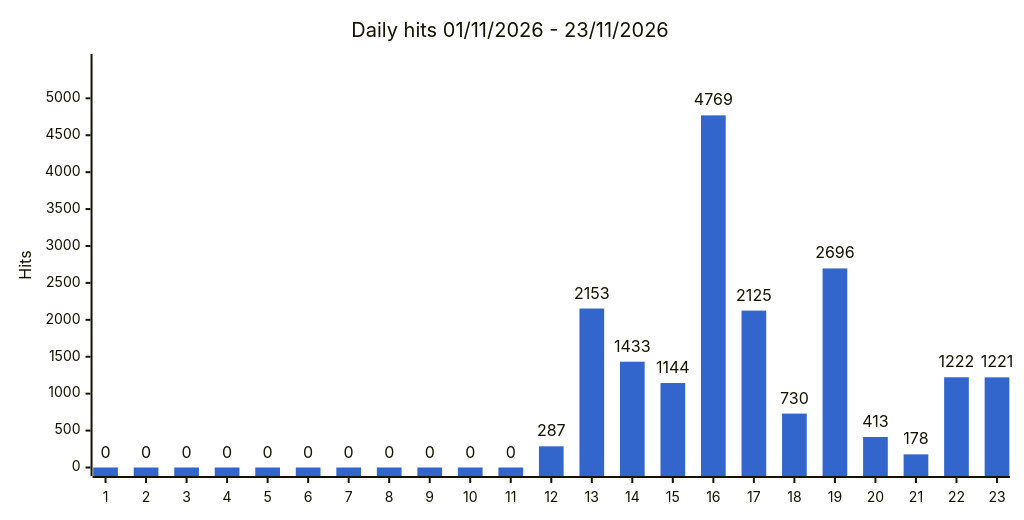
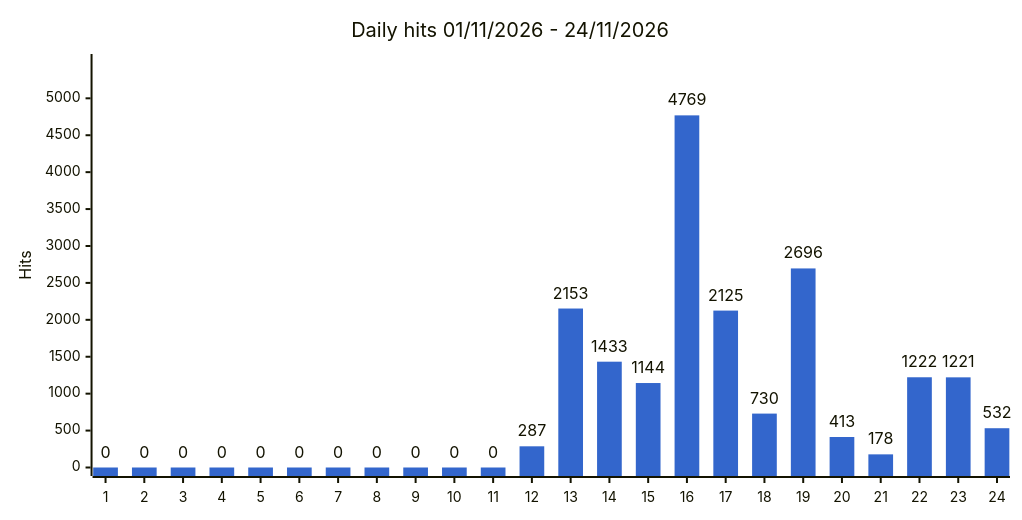
The third of 4 diagrams in docs/stats.md (gmoulard/wikipedia2book), drawn with Mermaid before and after one commit. The commit also changed other lines of this file and 3 other files, not shown here.

````diff
--- a/docs/stats.md
+++ b/docs/stats.md
@@ -43,8 +43,8 @@
 ```mermaid
 %%{init: {"xyChart": {"width": 1000, "showDataLabel": true, "showDataLabelOutsideBar": true}, "themeVariables": {"xyChart": {"plotColorPalette": "#3366cc"}}}}%%
 xychart-beta
-    title "Daily hits 01/11/2026 - 23/11/2026"
-    x-axis ["1", "2", "3", "4", "5", "6", "7", "8", "9", "10", "11", "12", "13", "14", "15", "16", "17", "18", "19", "20", "21", "22", "23"]
+    title "Daily hits 01/11/2026 - 24/11/2026"
+    x-axis ["1", "2", "3", "4", "5", "6", "7", "8", "9", "10", "11", "12", "13", "14", "15", "16", "17", "18", "19", "20", "21", "22", "23", "24"]
     y-axis "Hits" 0 --> 5485
-    bar [0, 0, 0, 0, 0, 0, 0, 0, 0, 0, 0, 287, 2153, 1433, 1144, 4769, 2125, 730, 2696, 413, 178, 1222, 1221]
+    bar [0, 0, 0, 0, 0, 0, 0, 0, 0, 0, 0, 287, 2153, 1433, 1144, 4769, 2125, 730, 2696, 413, 178, 1222, 1221, 532]
 ```
````
